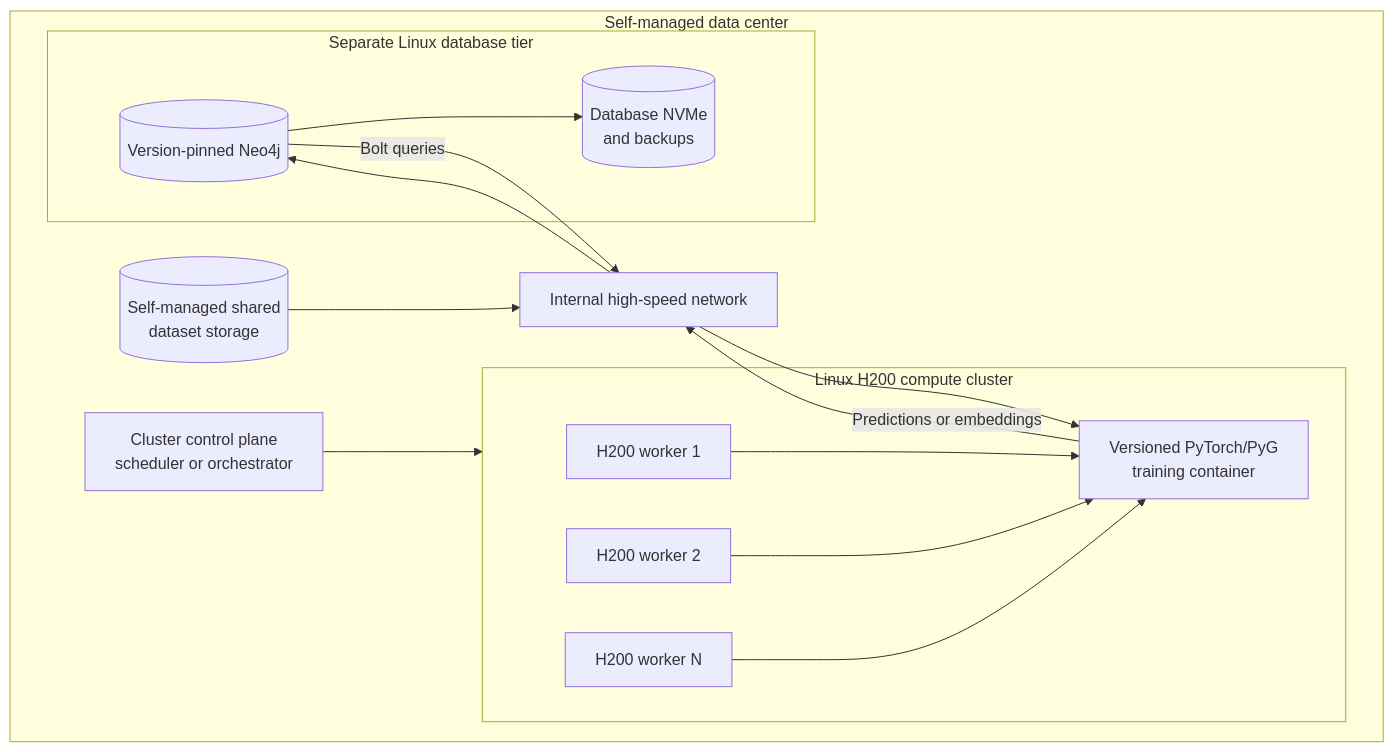
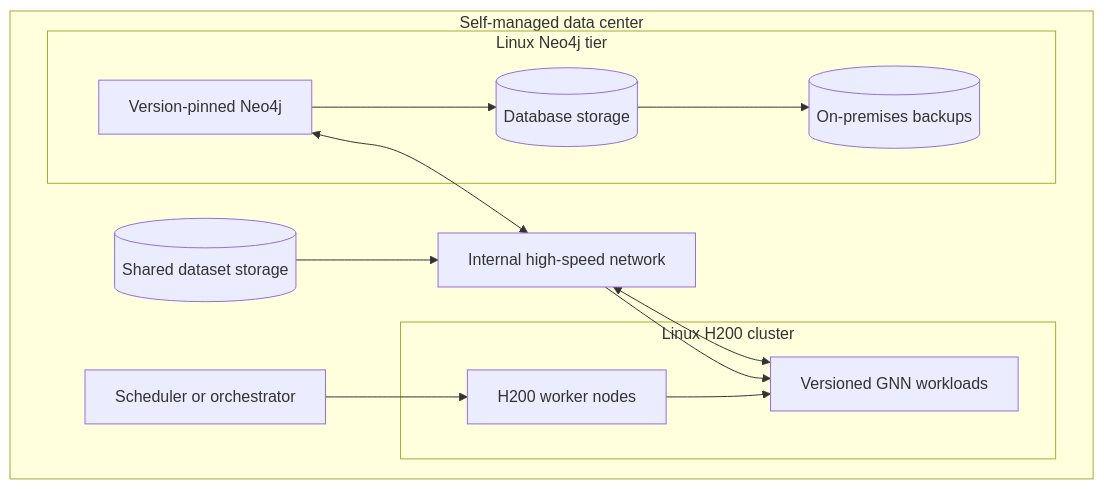
The diagram in docs/03-deployment/h200-server.md (gh-andirdju/ml), drawn with Mermaid before and after one commit. The commit also changed other lines of this file and 19 other files, not shown here.

````diff
--- a/docs/03-deployment/h200-server.md
+++ b/docs/03-deployment/h200-server.md
@@ -18,30 +9,26 @@
 ```mermaid
 flowchart TB
     subgraph dc[Self-managed data center]
-        control[Cluster control plane<br/>scheduler or orchestrator]
+        control[Scheduler or orchestrator]
 
-        subgraph gpu[Linux H200 compute cluster]
-            node1[H200 worker 1]
-            node2[H200 worker 2]
-            noden[H200 worker N]
-            train[Versioned PyTorch/PyG<br/>training container]
-            node1 --> train
-            node2 --> train
-            noden --> train
+        subgraph compute[Linux H200 cluster]
+            workers[H200 worker nodes]
+            training[Versioned GNN workloads]
+            workers --> training
         end
 
-        subgraph dbnode[Separate Linux database tier]
-            neo4j[(Version-pinned Neo4j)]
-            dbstorage[(Database NVMe<br/>and backups)]
-            neo4j --> dbstorage
+        subgraph database[Linux Neo4j tier]
+            neo[Version-pinned Neo4j]
+            dbdata[(Database storage)]
+            backups[(On-premises backups)]
+            neo --> dbdata --> backups
         end
 
-        shared[(Self-managed shared<br/>dataset storage)]
-        network[Internal high-speed network]
-        control --> gpu
-        shared --> network --> train
-        neo4j -->|Bolt queries| network
-        train -->|Predictions or embeddings| network
-        network --> neo4j
+        datasets[(Shared dataset storage)]
+        fabric[Internal high-speed network]
+        control --> workers
+        datasets --> fabric --> training
+        training <--> fabric
+        neo <--> fabric
     end
 ```
````
